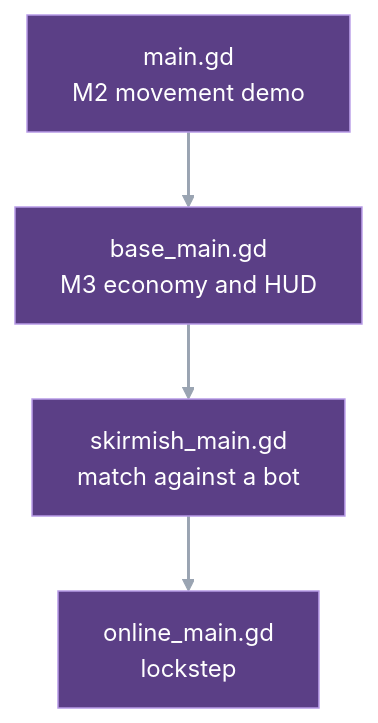
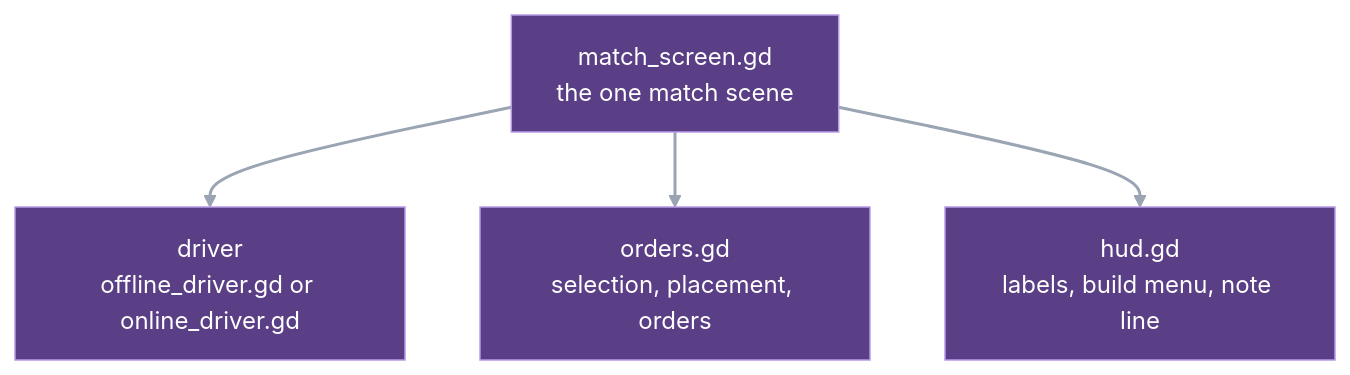
The third of 3 diagrams in docs/guide/01-big-picture.md (pdstuber/wargrid), drawn with Mermaid before and after one commit. The commit also changed other lines of this file and 18 other files, not shown here.

First line of the commit message:
Describe the one match screen; record the One controller gate row

````diff
--- a/docs/guide/01-big-picture.md
+++ b/docs/guide/01-big-picture.md
@@ -80,9 +80,9 @@
 ```mermaid
 flowchart TD
-    main["main.gd<br/>M2 movement demo"] --> base["base_main.gd<br/>M3 economy and HUD"]
-    base --> skirm["skirmish_main.gd<br/>match against a bot"]
-    skirm --> online["online_main.gd<br/>lockstep"]
+    screen["match_screen.gd<br/>the one match scene"] --> driver["driver<br/>offline_driver.gd or online_driver.gd"]
+    screen --> orders["orders.gd<br/>selection, placement, orders"]
+    screen --> hud["hud.gd<br/>labels, build menu, note line"]
     classDef driver fill:#5b3f86,stroke:#b79ae6,color:#ffffff
-    class main,base,skirm,online driver
+    class screen,driver,orders,hud driver
     linkStyle default stroke:#9aa4b2,stroke-width:2px
 ```
````
